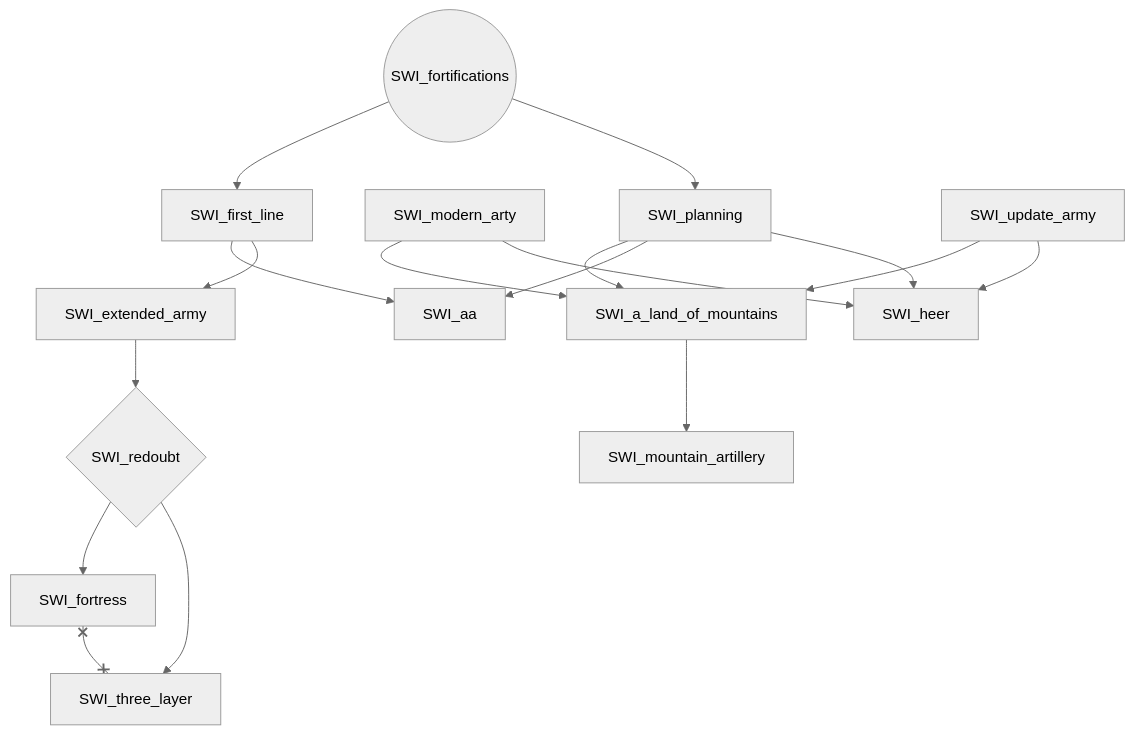
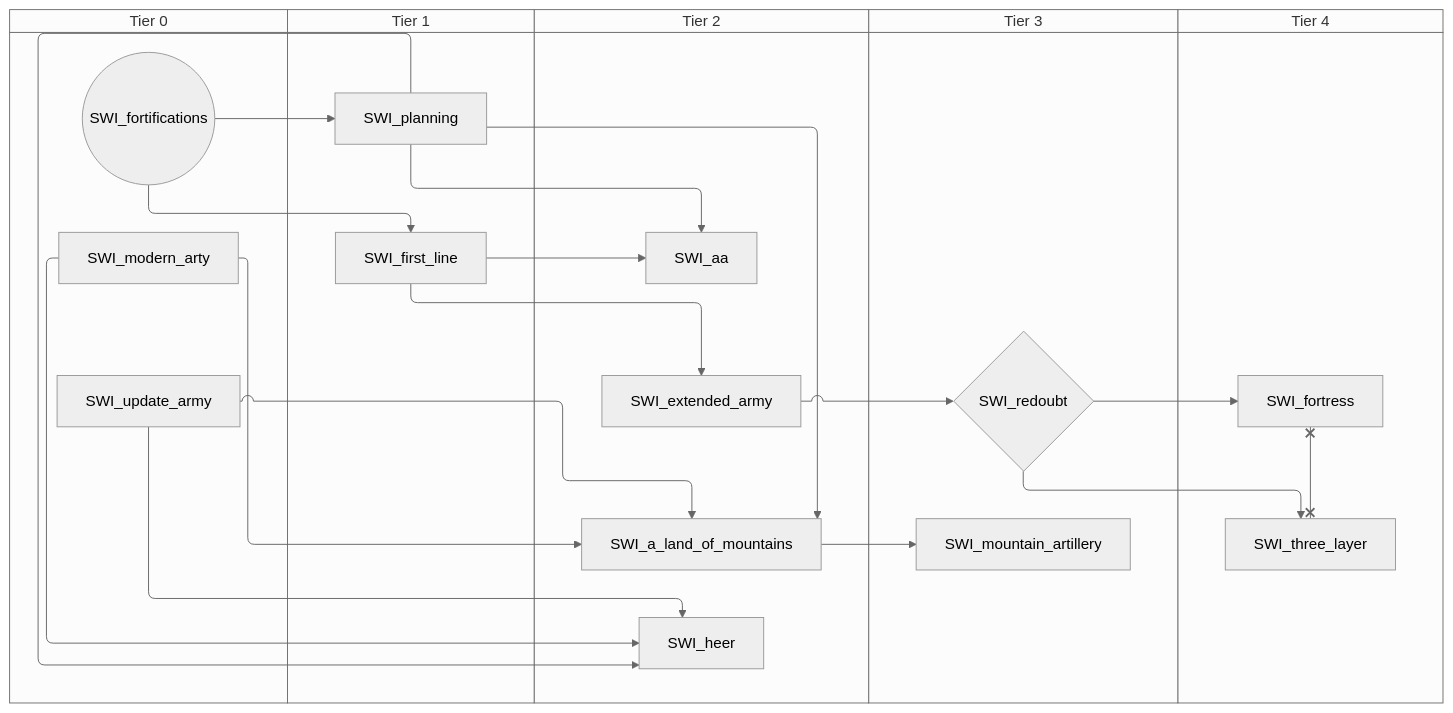
The third of 8 diagrams in docs/gdd/National Focuses/r56_switzerland.md (evgeny-sobol/hoi4-sandbox-mode-r56), drawn with Mermaid (neutral theme) before and after one commit. The commit also changed other lines of this file and 423 other files, not shown here.

First line of the commit message:
Re-export Rt56 focus trees as swimlane diagrams

````diff
--- a/docs/gdd/National Focuses/r56_switzerland.md
+++ b/docs/gdd/National Focuses/r56_switzerland.md
@@ -61,32 +79,42 @@
 ```mermaid
-flowchart TD
-    n1["SWI_a_land_of_mountains"]
-    n22["SWI_aa"]
-    n23["SWI_extended_army"]
-    n24["SWI_first_line"]
-    n25(("SWI_fortifications"))
-    n26["SWI_fortress"]
-    n6["SWI_heer"]
-    n8["SWI_modern_arty"]
-    n9["SWI_mountain_artillery"]
-    n11["SWI_planning"]
-    n27{"SWI_redoubt"}
-    n28["SWI_three_layer"]
-    n13["SWI_update_army"]
-    n13 --> n1
-    n8 --> n1
-    n11 --> n1
-    n11 --> n22
-    n24 --> n22
-    n24 --> n23
-    n25 --> n24
-    n27 --> n26
-    n13 --> n6
-    n8 --> n6
-    n11 --> n6
-    n1 --> n9
-    n25 --> n11
-    n23 --> n27
-    n27 --> n28
-    n26 x--x n28
+swimlane-beta TD
+    subgraph tier_0["Tier 0"]
+        n22(("SWI_fortifications"))
+        n3["SWI_modern_arty"]
+        n4["SWI_update_army"]
+    end
+    subgraph tier_1["Tier 1"]
+        n23["SWI_first_line"]
+        n2["SWI_planning"]
+    end
+    subgraph tier_2["Tier 2"]
+        n5["SWI_a_land_of_mountains"]
+        n24["SWI_aa"]
+        n25["SWI_extended_army"]
+        n8["SWI_heer"]
+    end
+    subgraph tier_3["Tier 3"]
+        n11["SWI_mountain_artillery"]
+        n26{"SWI_redoubt"}
+    end
+    subgraph tier_4["Tier 4"]
+        n27["SWI_fortress"]
+        n28["SWI_three_layer"]
+    end
+    n4 --> n5
+    n3 --> n5
+    n2 --> n5
+    n2 --> n24
+    n23 --> n24
+    n23 --> n25
+    n22 --> n23
+    n26 --> n27
+    n4 --> n8
+    n3 --> n8
+    n2 --> n8
+    n5 --> n11
+    n22 --> n2
+    n25 --> n26
+    n26 --> n28
+    n27 x--x n28
 ```
````
